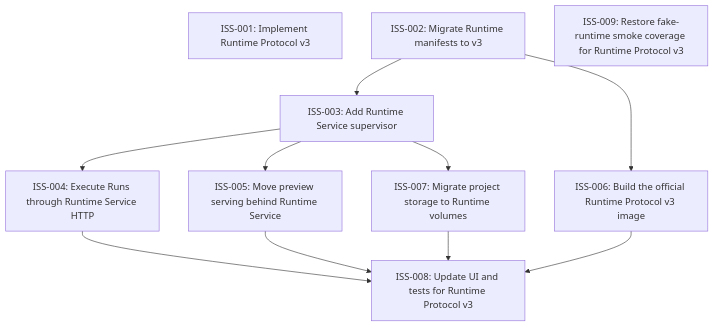
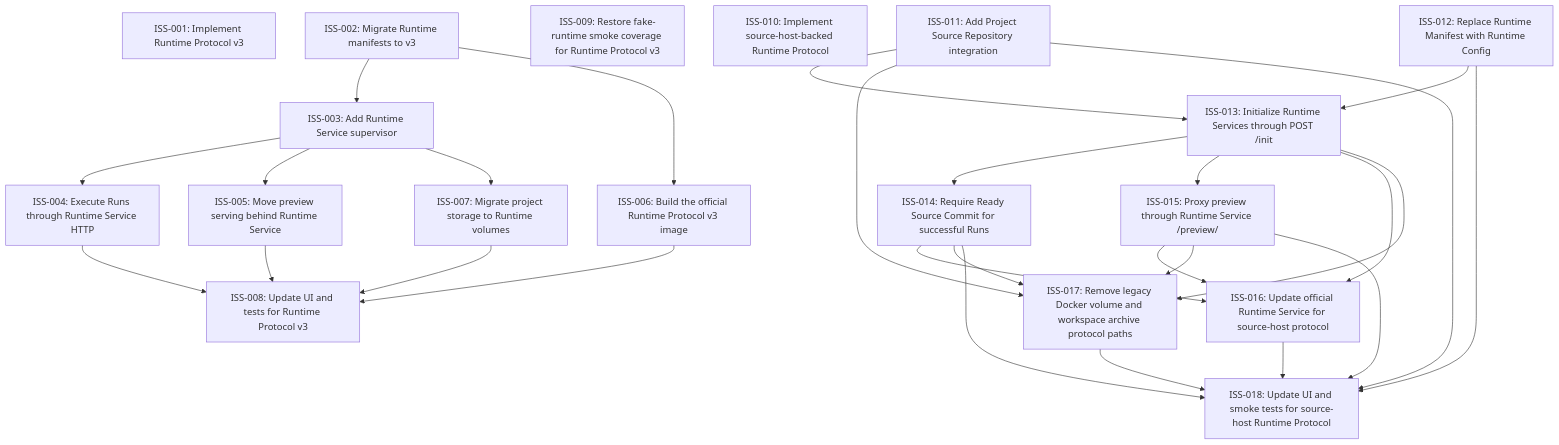
One commit to Milky2018/mooncraft changed the diagram in issues/README.md. Above: the diagram before and after it, drawn with Mermaid. The commit also changed other lines of this file and 9 other files, not shown here.

Commit message:
Add source-host runtime protocol issues

````diff
--- a/issues/README.md
+++ b/issues/README.md
@@ -15,21 +29,47 @@
 ```mermaid
 graph TD
   ISS_001["ISS-001: Implement Runtime Protocol v3"]
   ISS_002["ISS-002: Migrate Runtime manifests to v3"]
   ISS_003["ISS-003: Add Runtime Service supervisor"]
   ISS_004["ISS-004: Execute Runs through Runtime Service HTTP"]
   ISS_005["ISS-005: Move preview serving behind Runtime Service"]
   ISS_006["ISS-006: Build the official Runtime Protocol v3 image"]
   ISS_007["ISS-007: Migrate project storage to Runtime volumes"]
   ISS_008["ISS-008: Update UI and tests for Runtime Protocol v3"]
   ISS_009["ISS-009: Restore fake-runtime smoke coverage for Runtime Protocol v3"]
+  ISS_010["ISS-010: Implement source-host-backed Runtime Protocol"]
+  ISS_011["ISS-011: Add Project Source Repository integration"]
+  ISS_012["ISS-012: Replace Runtime Manifest with Runtime Config"]
+  ISS_013["ISS-013: Initialize Runtime Services through POST /init"]
+  ISS_014["ISS-014: Require Ready Source Commit for successful Runs"]
+  ISS_015["ISS-015: Proxy preview through Runtime Service /preview/"]
+  ISS_016["ISS-016: Update official Runtime Service for source-host protocol"]
+  ISS_017["ISS-017: Remove legacy Docker volume and workspace archive protocol paths"]
+  ISS_018["ISS-018: Update UI and smoke tests for source-host Runtime Protocol"]
   ISS_002 --> ISS_003
   ISS_003 --> ISS_004
   ISS_003 --> ISS_005
   ISS_002 --> ISS_006
   ISS_003 --> ISS_007
   ISS_004 --> ISS_008
   ISS_005 --> ISS_008
   ISS_006 --> ISS_008
   ISS_007 --> ISS_008
+  ISS_011 --> ISS_013
+  ISS_012 --> ISS_013
+  ISS_013 --> ISS_014
+  ISS_013 --> ISS_015
+  ISS_013 --> ISS_016
+  ISS_014 --> ISS_016
+  ISS_015 --> ISS_016
+  ISS_011 --> ISS_017
+  ISS_013 --> ISS_017
+  ISS_014 --> ISS_017
+  ISS_015 --> ISS_017
+  ISS_011 --> ISS_018
+  ISS_012 --> ISS_018
+  ISS_014 --> ISS_018
+  ISS_015 --> ISS_018
+  ISS_016 --> ISS_018
+  ISS_017 --> ISS_018
 ```
````
